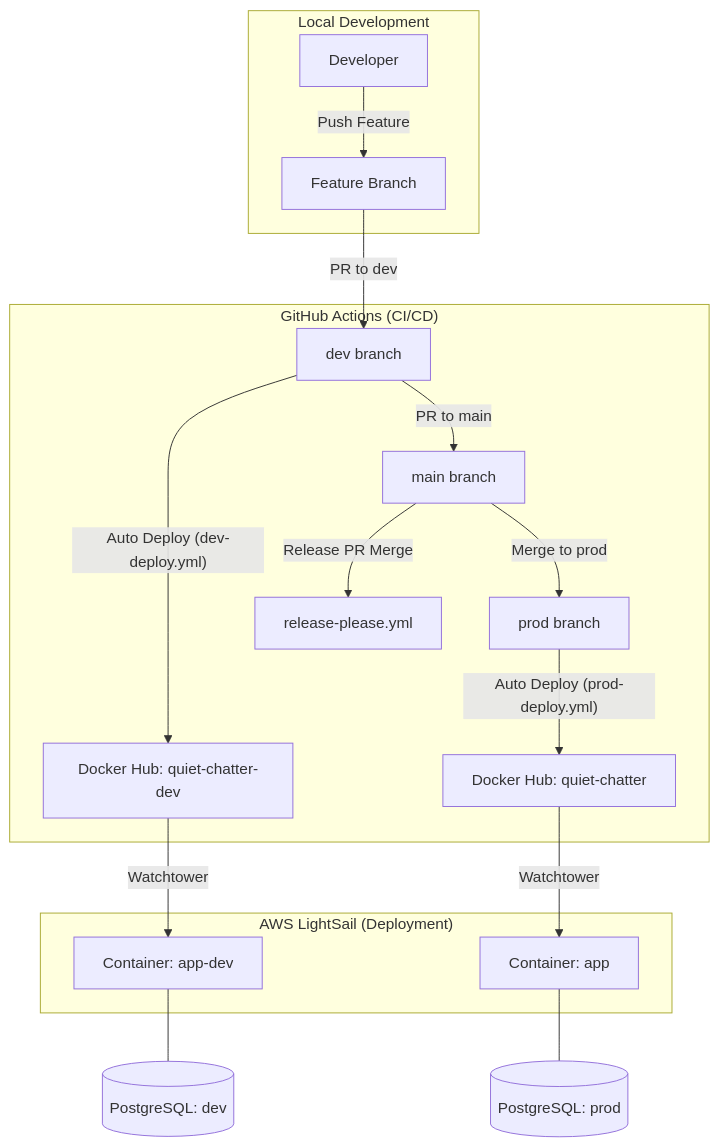
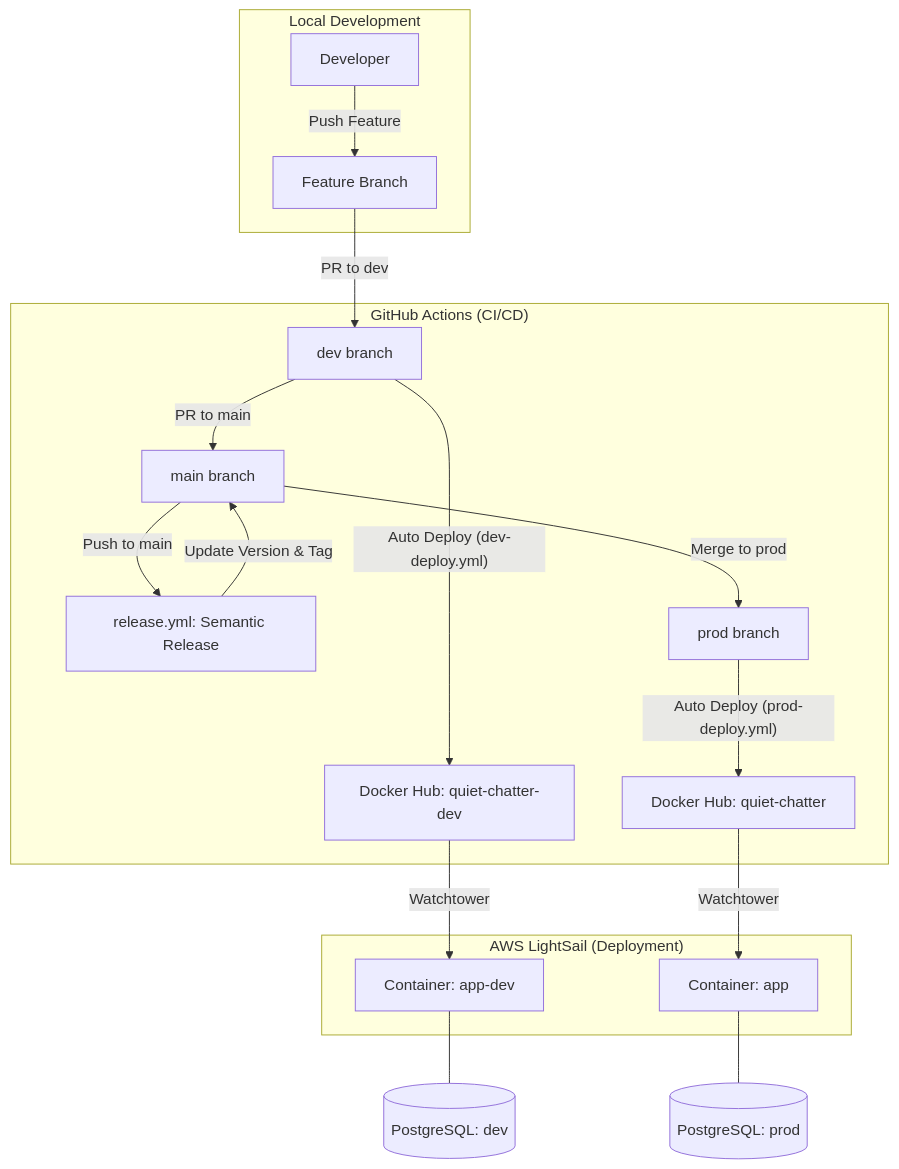
Before and after one commit to MASKUN2/quiet-chatter: the second of 2 diagrams in docs/guide/infra_architecture_guide.md, drawn with Mermaid. The commit also changed other lines of this file and 3 other files, not shown here.

Commit message:
feat(ci): release-please 제거 및 Semantic Release 도입

````diff
--- a/docs/guide/infra_architecture_guide.md
+++ b/docs/guide/infra_architecture_guide.md
@@ -63,24 +65,25 @@
 ```mermaid
 graph TD
     subgraph "Local Development"
         D[Developer] -- "Push Feature" --> GH_F[Feature Branch]
     end
 
     subgraph "GitHub Actions (CI/CD)"
         GH_F -- "PR to dev" --> DEV[dev branch]
         DEV -- "Auto Deploy (dev-deploy.yml)" --> DOCKER_DEV[Docker Hub: quiet-chatter-dev]
         DEV -- "PR to main" --> MAIN[main branch]
         
-        MAIN -- "Release PR Merge" --> RP[release-please.yml]
+        MAIN -- "Push to main" --> SR[release.yml: Semantic Release]
+        SR -- "Update Version & Tag" --> MAIN
         MAIN -- "Merge to prod" --> PROD[prod branch]
         PROD -- "Auto Deploy (prod-deploy.yml)" --> DOCKER_PROD[Docker Hub: quiet-chatter]
     end
 
     subgraph "AWS LightSail (Deployment)"
         DOCKER_DEV -- "Watchtower" --> CONT_DEV[Container: app-dev]
         DOCKER_PROD -- "Watchtower" --> CONT_PROD[Container: app]
     end
 
     CONT_DEV --- DB_DEV[(PostgreSQL: dev)]
     CONT_PROD --- DB_PROD[(PostgreSQL: prod)]
 ```
````
